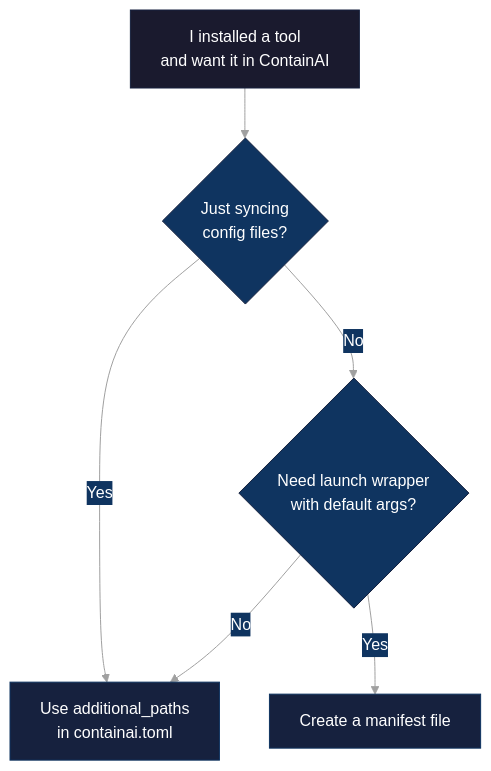
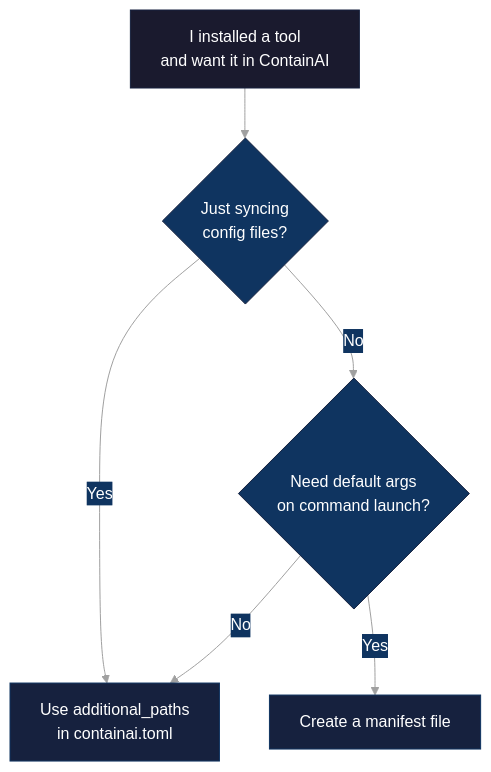
The diagram in docs/custom-tools.md (novotnyllc/ContainAI), drawn with Mermaid before and after one commit. The commit also changed other lines of this file and 47 other files, not shown here.

````diff
--- a/docs/custom-tools.md
+++ b/docs/custom-tools.md
@@ -9,28 +9,28 @@
 ```mermaid
 %%{init: {'theme': 'base', 'themeVariables': {
   'primaryColor': '#1a1a2e',
   'primaryTextColor': '#ffffff',
   'primaryBorderColor': '#16213e',
   'secondaryColor': '#0f3460',
   'tertiaryColor': '#1a1a2e',
   'lineColor': '#a0a0a0',
   'textColor': '#ffffff',
   'background': '#0d1117'
 }}}%%
 flowchart TD
     Start["I installed a tool<br/>and want it in ContainAI"]
     Q1{"Just syncing<br/>config files?"}
-    Q2{"Need launch wrapper<br/>with default args?"}
+    Q2{"Need default args<br/>on command launch?"}
 
     Start --> Q1
     Q1 -->|Yes| UseAdditional["Use additional_paths<br/>in containai.toml"]
     Q1 -->|No| Q2
     Q2 -->|Yes| UseManifest["Create a manifest file"]
     Q2 -->|No| UseAdditional
 
     style Start fill:#1a1a2e,stroke:#16213e,color:#fff
     style Q1 fill:#0f3460,stroke:#16213e,color:#fff
     style Q2 fill:#0f3460,stroke:#16213e,color:#fff
     style UseAdditional fill:#16213e,stroke:#0f3460,color:#fff
     style UseManifest fill:#16213e,stroke:#0f3460,color:#fff
 ```
````
